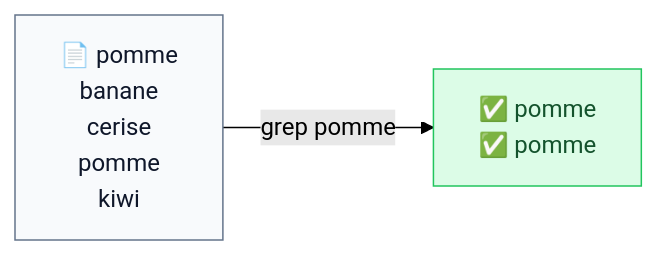
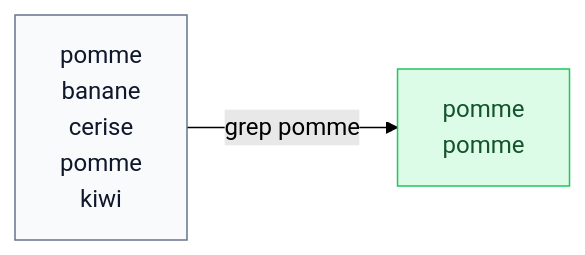
One commit to GoobyWoobies/HEIA-IT changed the second of 2 diagrams in methodologie-securite-it/linux/04-lire-chercher-texte.md. Above: the diagram before and after it, drawn with Mermaid (forest theme). The commit also changed other lines of this file and 24 other files, not shown here.

````diff
--- a/methodologie-securite-it/linux/04-lire-chercher-texte.md
+++ b/methodologie-securite-it/linux/04-lire-chercher-texte.md
@@ -212,7 +212,7 @@
 ```mermaid
 flowchart LR
-    IN["📄 pomme<br/>banane<br/>cerise<br/>pomme<br/>kiwi"] -->|"grep pomme"| OUT["✅ pomme<br/>✅ pomme"]
+    IN["pomme<br/>banane<br/>cerise<br/>pomme<br/>kiwi"] -->|"grep pomme"| OUT["pomme<br/>pomme"]
 
     style IN fill:#f8fafc,stroke:#64748b,color:#0f172a
     style OUT fill:#dcfce7,stroke:#22c55e,color:#14532d
 ```
````
